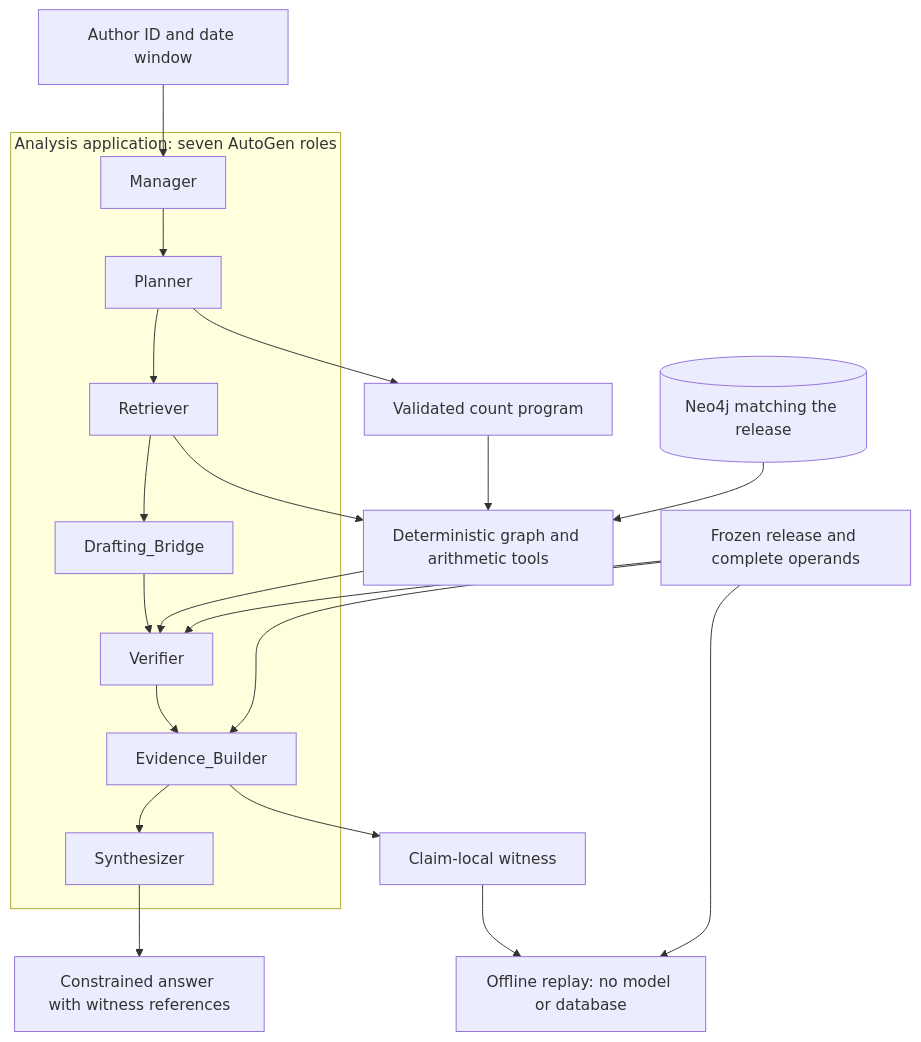
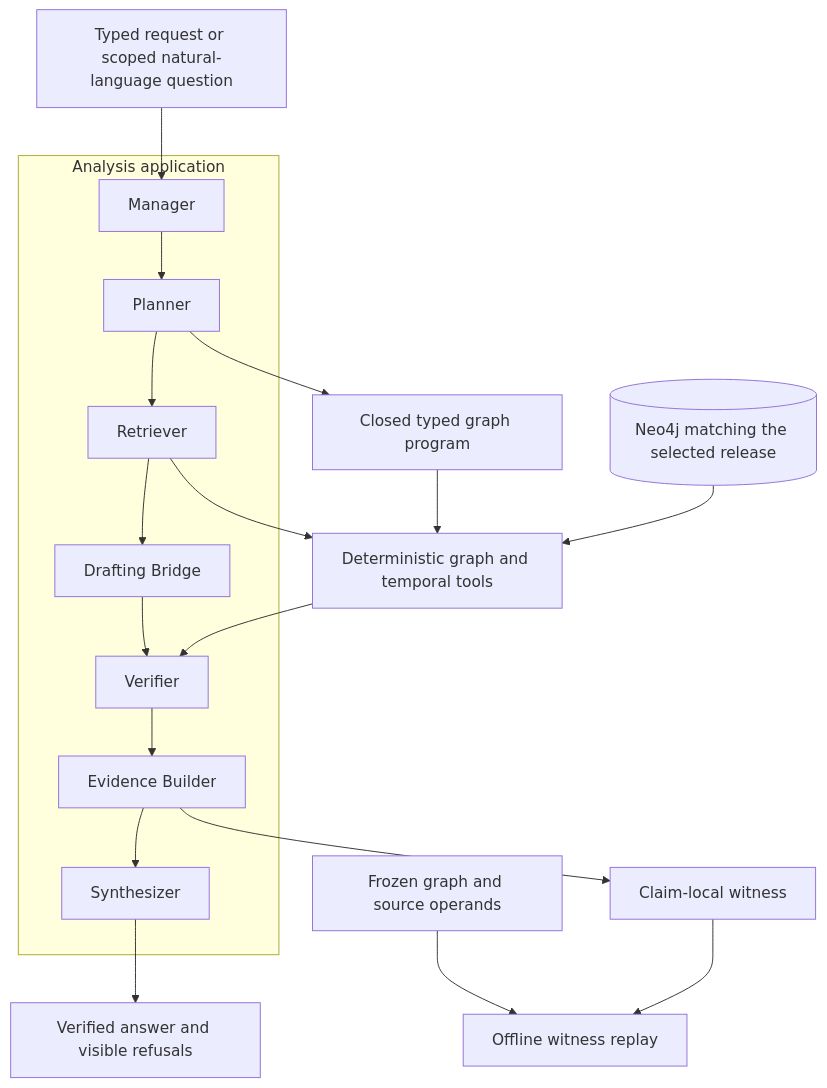
Before and after one commit to ur6yr/knowledge-diffusion: the second of 3 diagrams in README.md, drawn with Mermaid. The commit also changed other lines of this file and 74 other files, not shown here.

````diff
--- a/README.md
+++ b/README.md
@@ -55,20 +48,18 @@
 ```mermaid
 flowchart TD
-    QUESTION["Author ID and date window"] --> M["Manager"]
-    subgraph ANALYSIS["Analysis application: seven AutoGen roles"]
-        M --> P["Planner"] --> R["Retriever"]
-        R --> D["Drafting_Bridge"] --> V["Verifier"]
-        V --> E["Evidence_Builder"] --> S["Synthesizer"]
+    QUESTION["Typed request or scoped natural-language question"] --> M
+    subgraph ANALYZE["Analysis application"]
+        M["Manager"] --> P["Planner"] --> R["Retriever"]
+        R --> D["Drafting Bridge"] --> V["Verifier"]
+        V --> E["Evidence Builder"] --> S["Synthesizer"]
     end
-    P --> PROGRAM["Validated count program"]
-    PROGRAM --> QUERY["Deterministic graph and arithmetic tools"]
-    R --> QUERY
-    GRAPH[("Neo4j matching the release")] --> QUERY
-    QUERY --> V
-    FROZEN["Frozen release and complete operands"] --> V
-    FROZEN --> E
+    P --> PROGRAM["Closed typed graph program"]
+    PROGRAM --> TOOLS["Deterministic graph and temporal tools"]
+    R --> TOOLS
+    GRAPH[("Neo4j matching the selected release")] --> TOOLS
+    TOOLS --> V
     E --> W["Claim-local witness"]
-    S --> ANSWER["Constrained answer with witness references"]
-    W --> REPLAY["Offline replay: no model or database"]
-    FROZEN --> REPLAY
+    S --> ANSWER["Verified answer and visible refusals"]
+    RELEASE["Frozen graph and source operands"] --> REPLAY["Offline witness replay"]
+    W --> REPLAY
 ```
````
